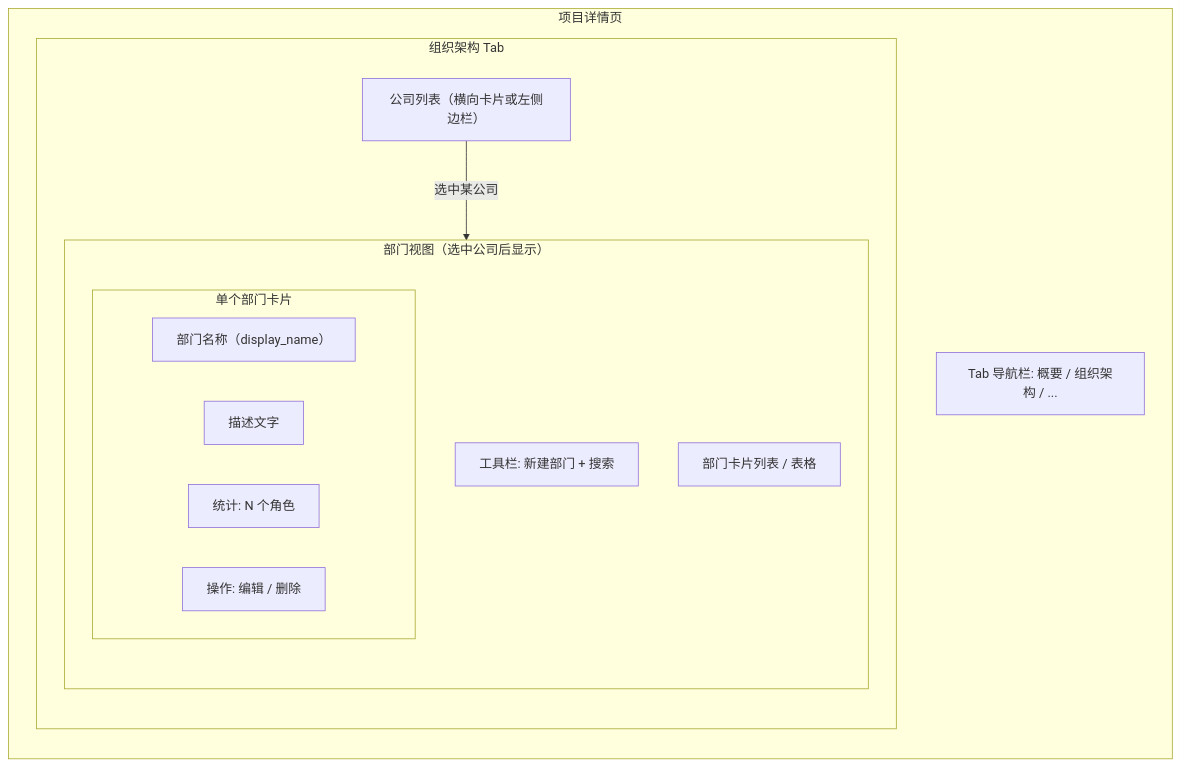
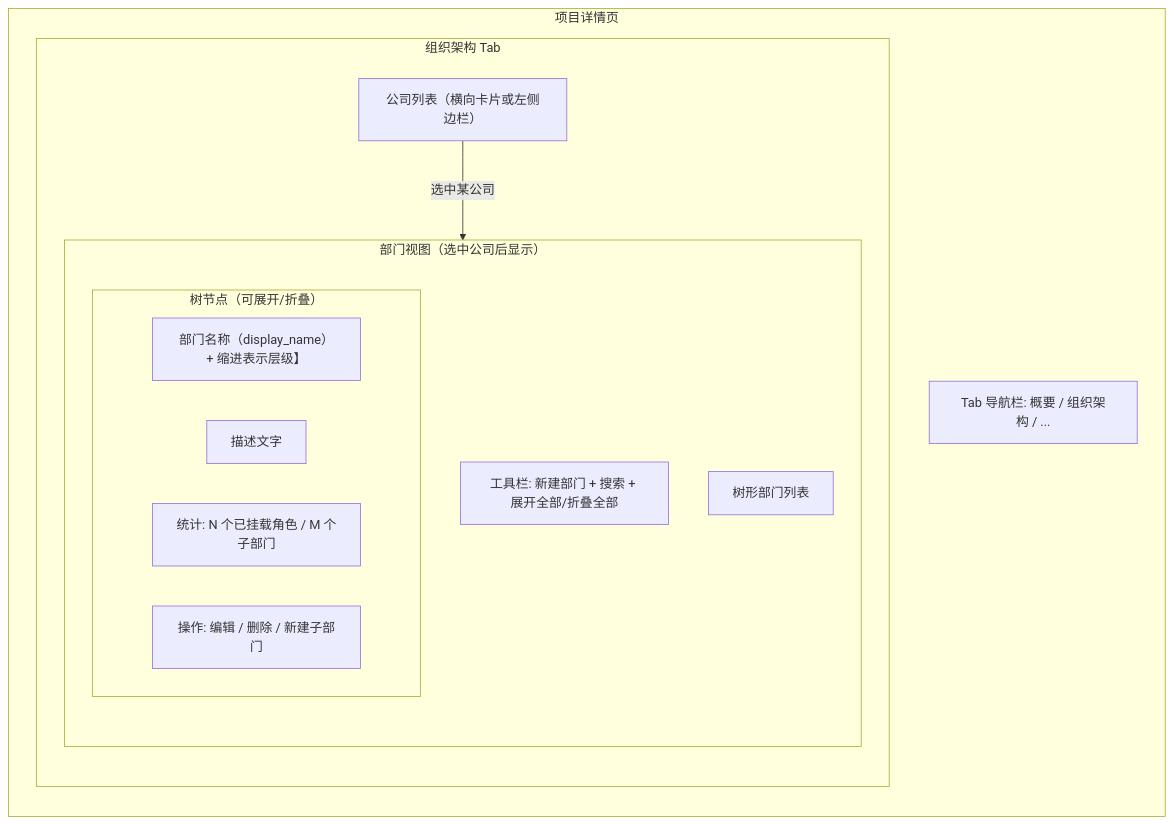
One commit to kai-cui1/ai-prototype-manager changed the third of 6 diagrams in docs/03-prd/modules/project-management/project-management-prd-2.md. Above: the diagram before and after it, drawn with Mermaid. The commit also changed other lines of this file and 3 other files, not shown here.

````diff
--- a/docs/03-prd/modules/project-management/project-management-prd-2.md
+++ b/docs/03-prd/modules/project-management/project-management-prd-2.md
@@ -412,24 +425,24 @@
 ```mermaid
 graph TD
     subgraph ProjectDetail["项目详情页"]
         direction TB
         Tabs["Tab 导航栏: 概要 / 组织架构 / ..."]
         subgraph OrgTab["组织架构 Tab"]
             direction TB
             CompanyList["公司列表（横向卡片或左侧边栏）"]
             subgraph DeptView["部门视图（选中公司后显示）"]
                 direction TB
-                DeptToolbar["工具栏: 新建部门 + 搜索"]
-                DeptList["部门卡片列表 / 表格"]
-                subgraph DCard["单个部门卡片"]
-                    DName["部门名称（display_name）"]
+                DeptToolbar["工具栏: 新建部门 + 搜索 + 展开全部/折叠全部"]
+                DeptTree["树形部门列表"]
+                subgraph DNode["树节点（可展开/折叠）"]
+                    DName["部门名称（display_name）+ 缩进表示层级】"]
                     DDesc["描述文字"]
-                    DStats["统计: N 个角色"]
-                    DActions["操作: 编辑 / 删除"]
+                    DStats["统计: N 个已挂载角色 / M 个子部门"]
+                    DActions["操作: 编辑 / 删除 / 新建子部门"]
                 end
             end
         end
     end
 
     CompanyList -->|"选中某公司"| DeptView
 ```
````
